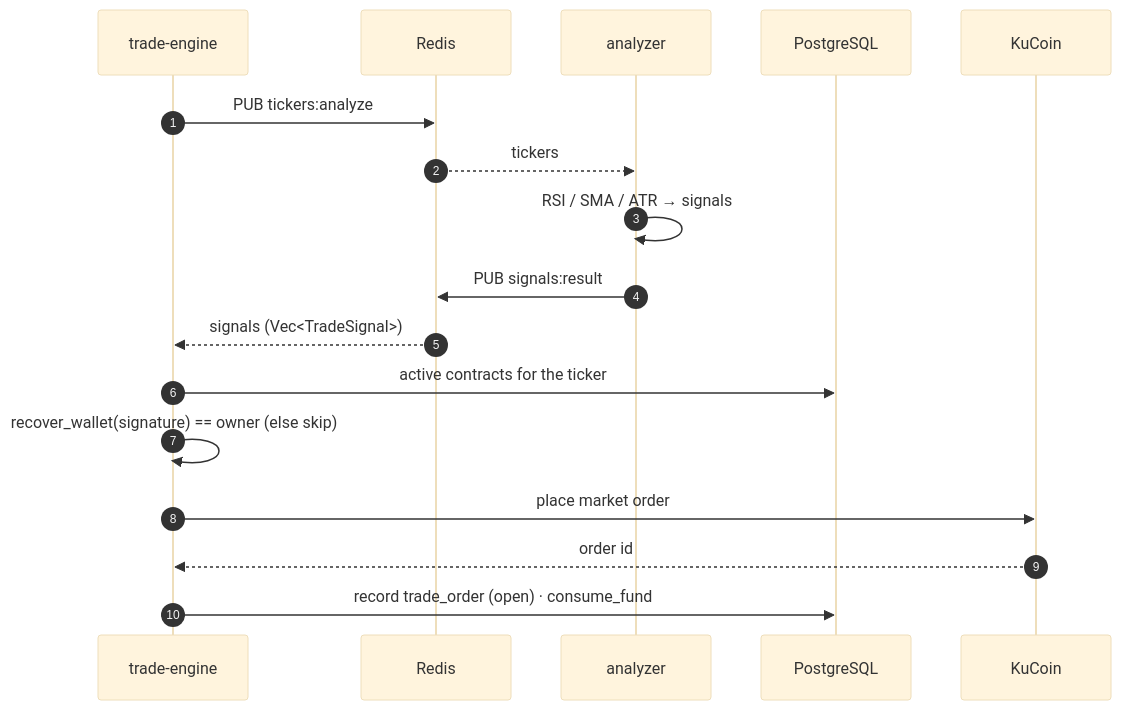
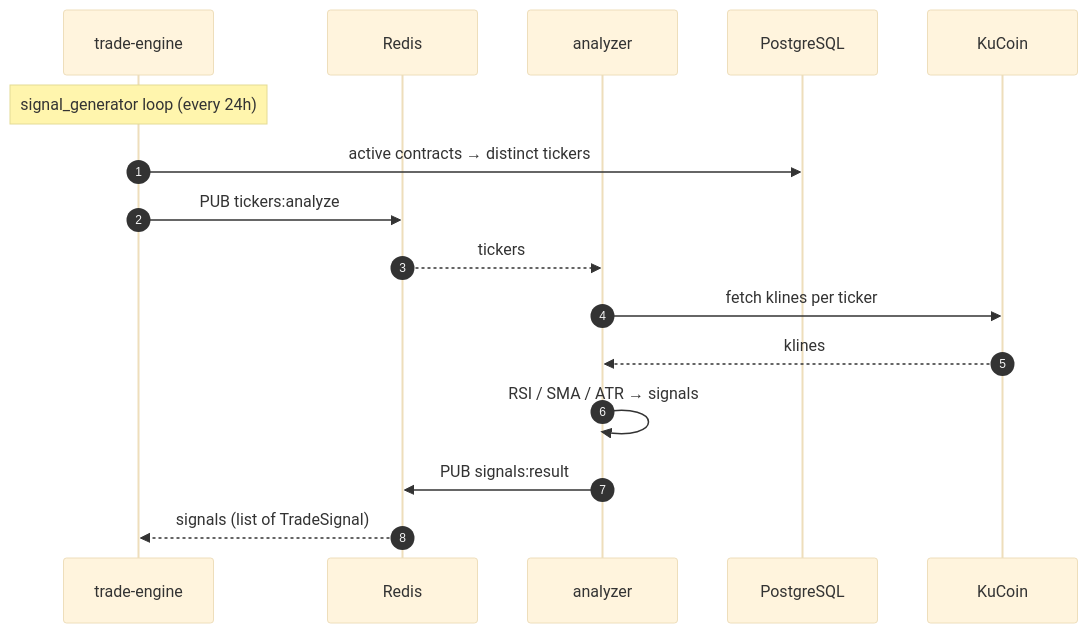
The third of 7 diagrams in process/trade-engine/README.md (N-Choo/CoinBot.v3), drawn with Mermaid (base theme) before and after one commit. The commit also changed other lines of this file and 11 other files, not shown here.

First line of the commit message:
refactor(trade-engine): route order and fund writes through ledger

````diff
--- a/process/trade-engine/README.md
+++ b/process/trade-engine/README.md
@@ -30,19 +113,18 @@
 ```mermaid
 sequenceDiagram
     autonumber
     participant TE as trade-engine
     participant R as Redis
     participant A as analyzer
     participant DB as PostgreSQL
     participant K as KuCoin
+    Note over TE: signal_generator loop (every 24h)
+    TE->>DB: active contracts → distinct tickers
     TE->>R: PUB tickers:analyze
     R-->>A: tickers
+    A->>K: fetch klines per ticker
+    K-->>A: klines
     A->>A: RSI / SMA / ATR → signals
     A->>R: PUB signals:result
-    R-->>TE: signals (Vec<TradeSignal>)
-    TE->>DB: active contracts for the ticker
-    TE->>TE: recover_wallet(signature) == owner (else skip)
-    TE->>K: place market order
-    K-->>TE: order id
-    TE->>DB: record trade_order (open) · consume_fund
+    R-->>TE: signals (list of TradeSignal)
 ```
````
